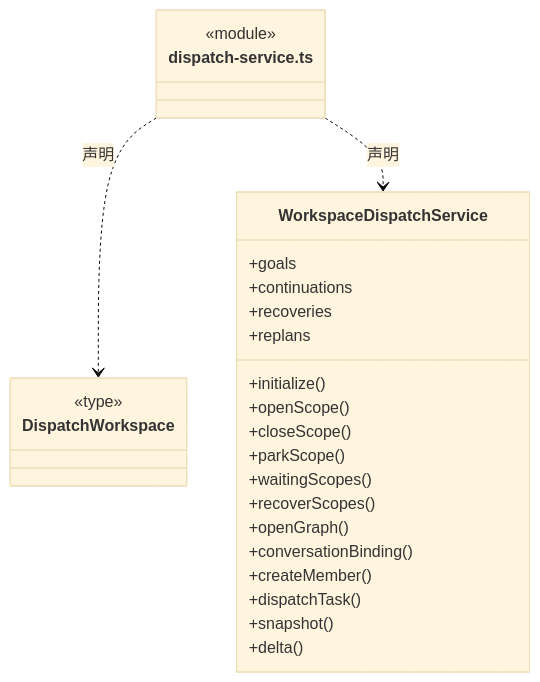
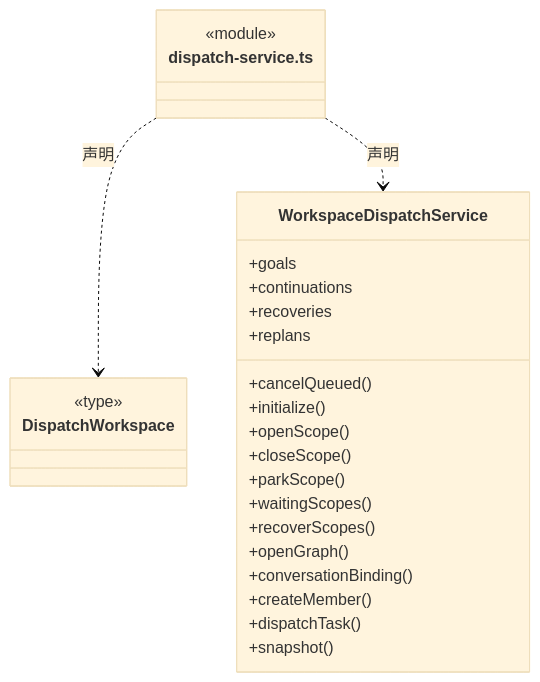
The fifth of 40 diagrams in src/backend/scheduler-engine/execution/ARCHITECTURE.md (nan023062/cbim), drawn with Mermaid (base theme) before and after one commit. The commit also changed other lines of this file and 46 other files, not shown here.

````diff
--- a/src/backend/scheduler-engine/execution/ARCHITECTURE.md
+++ b/src/backend/scheduler-engine/execution/ARCHITECTURE.md
@@ -164,30 +165,30 @@
 ```mermaid
 classDiagram
 class N_src_backend_scheduler_engine_execution_dispatch_service_ts["dispatch-service.ts"] {
   <<module>>
 }
 class N_src_backend_scheduler_engine_execution_dispatch_service_ts_DispatchWorkspace["DispatchWorkspace"] {
   <<type>>
 
 }
 N_src_backend_scheduler_engine_execution_dispatch_service_ts ..> N_src_backend_scheduler_engine_execution_dispatch_service_ts_DispatchWorkspace : 声明
 class N_src_backend_scheduler_engine_execution_dispatch_service_ts_WorkspaceDispatchService["WorkspaceDispatchService"] {
   +goals
   +continuations
   +recoveries
   +replans
+  +cancelQueued()
   +initialize()
   +openScope()
   +closeScope()
   +parkScope()
   +waitingScopes()
   +recoverScopes()
   +openGraph()
   +conversationBinding()
   +createMember()
   +dispatchTask()
   +snapshot()
-  +delta()
 }
 N_src_backend_scheduler_engine_execution_dispatch_service_ts ..> N_src_backend_scheduler_engine_execution_dispatch_service_ts_WorkspaceDispatchService : 声明
 ```
````
